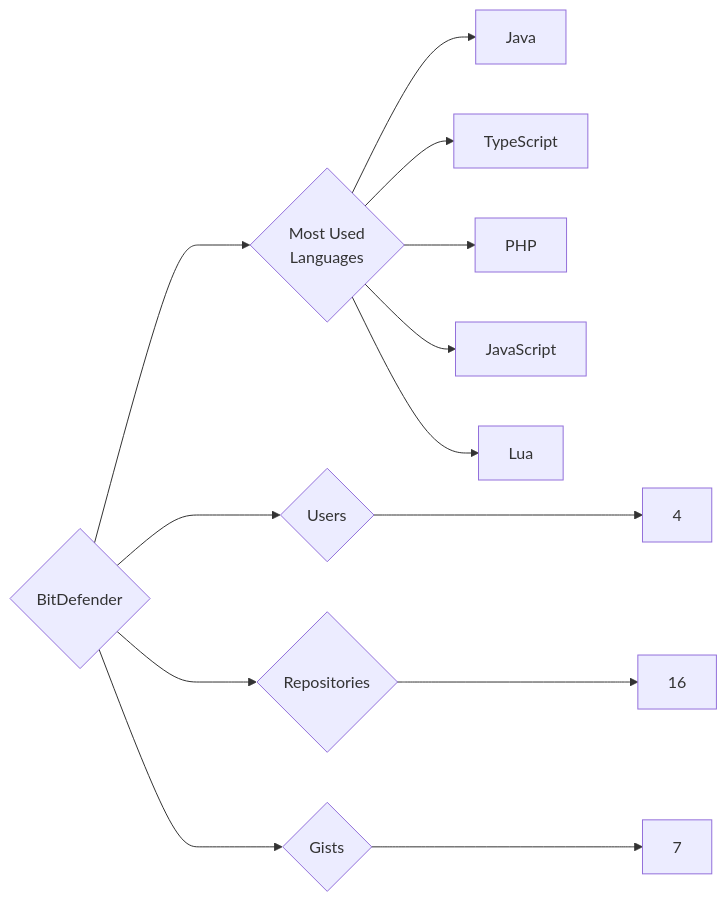
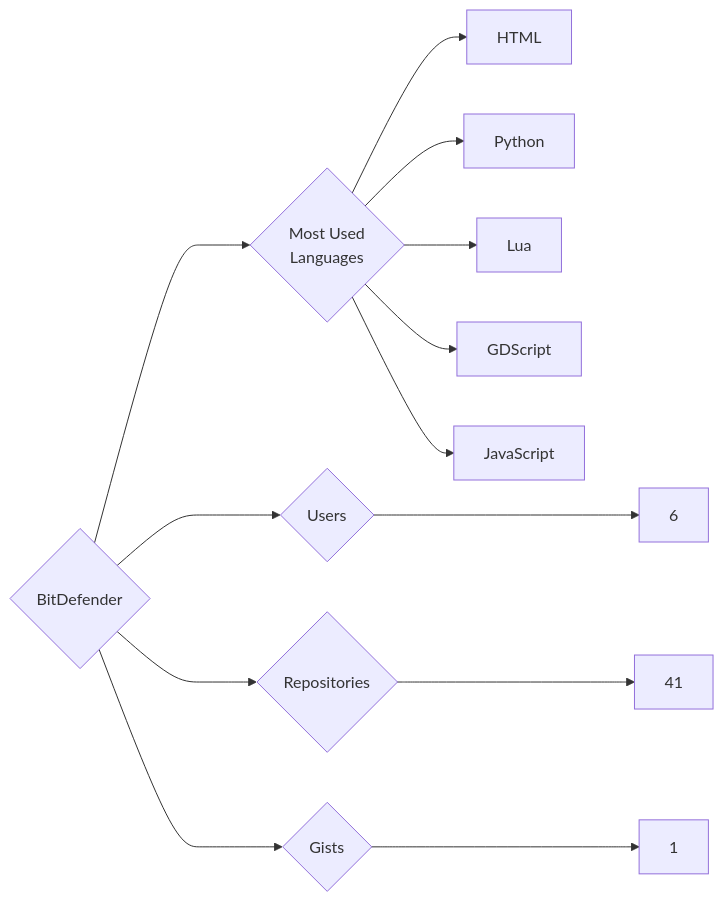
Before and after one commit to trickest/insiders: the diagram in targets/BitDefender/README.md, drawn with Mermaid. The commit also changed 845 other files, not shown here.

````diff
--- a/targets/BitDefender/README.md
+++ b/targets/BitDefender/README.md
@@ -3,13 +3,13 @@
 ```mermaid
 graph LR
 COMPANY_NAME{BitDefender}
-COMPANY_NAME ---> U{Users} ---> UN[4]
-COMPANY_NAME ---> R{Repositories} ---> RN[16]
-COMPANY_NAME ---> G{Gists} ---> GN[7]
+COMPANY_NAME ---> U{Users} ---> UN[6]
+COMPANY_NAME ---> R{Repositories} ---> RN[41]
+COMPANY_NAME ---> G{Gists} ---> GN[1]
 COMPANY_NAME ---> ML{Most Used<br>Languages}
-ML --> Java[Java]
-ML --> TypeScript[TypeScript]
-ML --> PHP[PHP]
+ML --> HTML[HTML]
+ML --> Python[Python]
+ML --> Lua[Lua]
+ML --> GDScript[GDScript]
 ML --> JavaScript[JavaScript]
-ML --> Lua[Lua]
 ```
````
